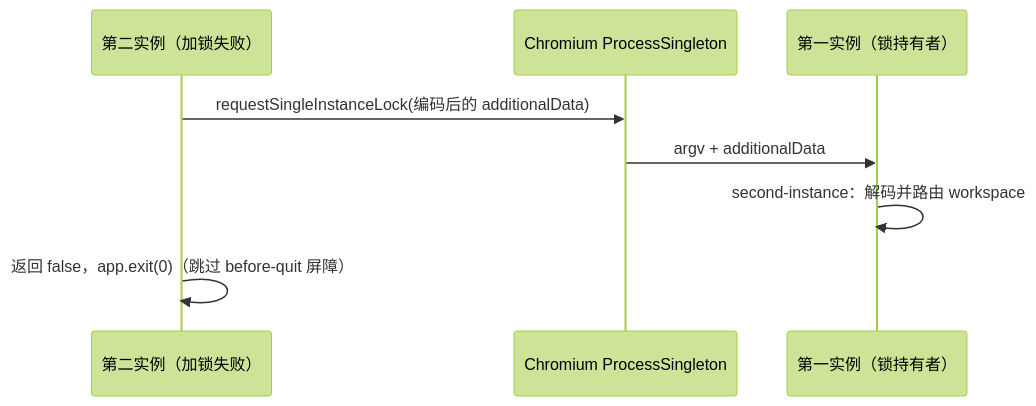
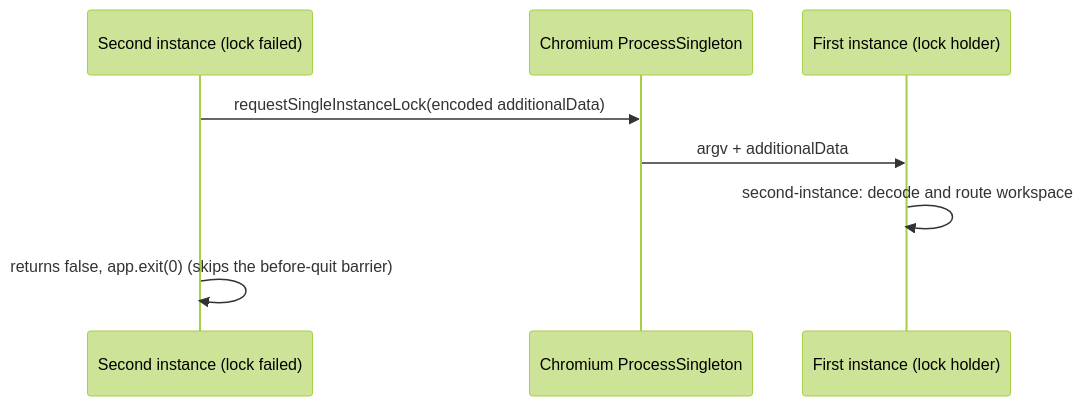
Before and after one commit to osben/ZCode: the diagram in docs/desktop/finder-open-folder-deep-link.md, drawn with Mermaid (forest theme). The commit also changed other lines of this file and 44 other files, not shown here.

````diff
--- a/docs/desktop/finder-open-folder-deep-link.md
+++ b/docs/desktop/finder-open-folder-deep-link.md
@@ -47,10 +72,10 @@
 ```mermaid
 sequenceDiagram
-  participant L as 第二实例（加锁失败）
+  participant L as Second instance (lock failed)
   participant C as Chromium ProcessSingleton
-  participant P as 第一实例（锁持有者）
-  L->>C: requestSingleInstanceLock(编码后的 additionalData)
+  participant P as First instance (lock holder)
+  L->>C: requestSingleInstanceLock(encoded additionalData)
   C->>P: argv + additionalData
-  P->>P: second-instance：解码并路由 workspace
-  L->>L: 返回 false，app.exit(0)（跳过 before-quit 屏障）
+  P->>P: second-instance: decode and route workspace
+  L->>L: returns false, app.exit(0) (skips the before-quit barrier)
 ```
````
